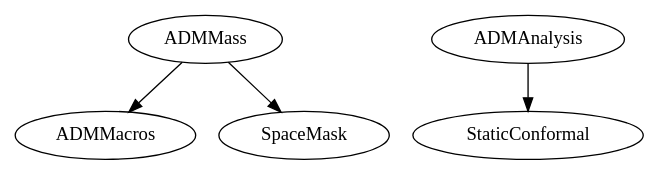
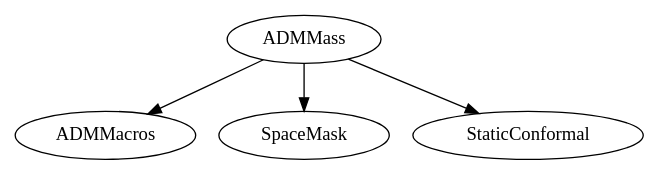
The second of 2 diagrams in note/EinsteinAnalysis.rst (YuLiumt/Cactus), drawn with Graphviz before and after one commit. The commit also changed other lines of this file and 67 other files, not shown here.

```diff
--- a/note/EinsteinAnalysis.rst
+++ b/note/EinsteinAnalysis.rst
@@ -32,5 +39,5 @@
 .. digraph:: foo
 
    "ADMMass" -> "ADMMacros";
    "ADMMass" -> "SpaceMask";
-   "ADMAnalysis" -> "StaticConformal";
+   "ADMMass" -> "StaticConformal";
```
